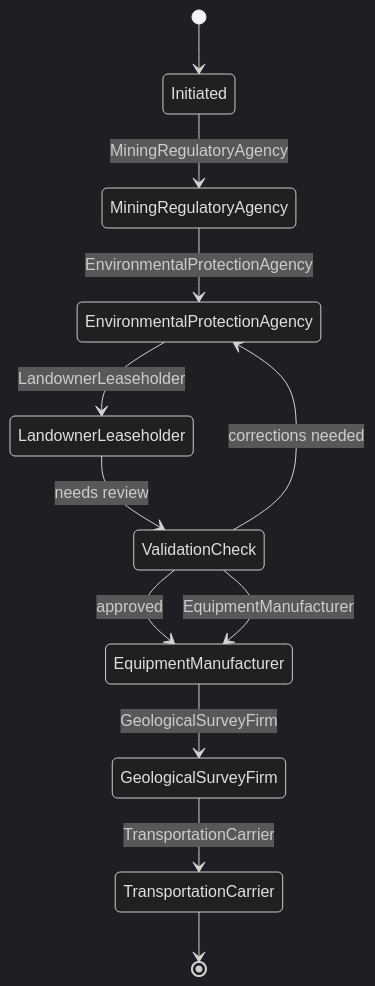
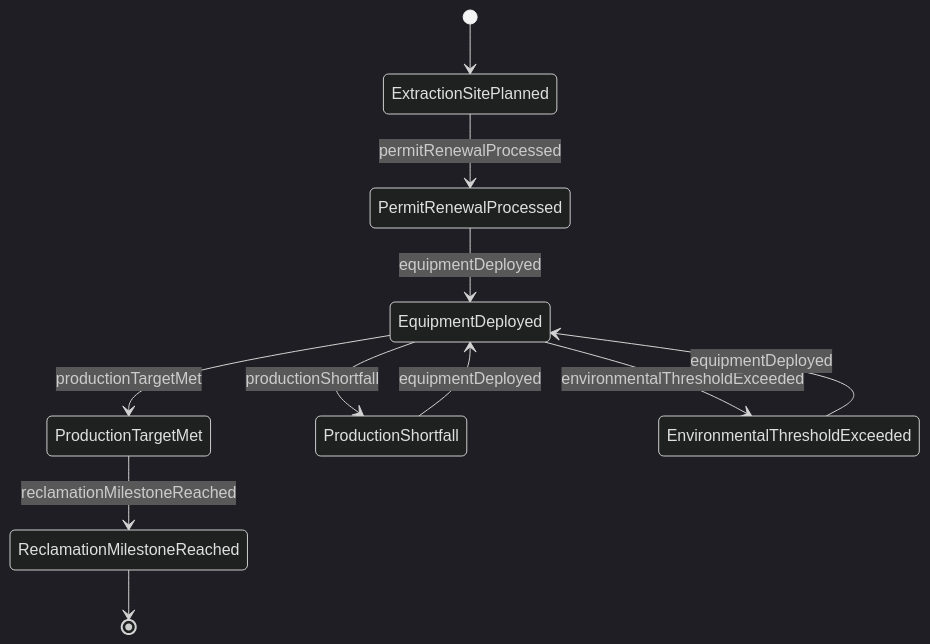
Before and after one commit to dot-org-ai/tasks.org.ai: the second of 4 diagrams in GuidingDirectingAndMotivatingSubordinates/DirectConstructionOrExtractionActivities/DirectNaturalResourcesExtractionProjects.mdx, drawn with Mermaid (dark theme). The commit also changed other lines of this file and 515 other files, not shown here.

````diff
--- a/GuidingDirectingAndMotivatingSubordinates/DirectConstructionOrExtractionActivities/DirectNaturalResourcesExtractionProjects.mdx
+++ b/GuidingDirectingAndMotivatingSubordinates/DirectConstructionOrExtractionActivities/DirectNaturalResourcesExtractionProjects.mdx
@@ -111,14 +105,13 @@
 ```mermaid
 stateDiagram-v2
-    [*] --> Initiated
-    Initiated --> MiningRegulatoryAgency: MiningRegulatoryAgency
-    MiningRegulatoryAgency --> EnvironmentalProtectionAgency: EnvironmentalProtectionAgency
-    EnvironmentalProtectionAgency --> LandownerLeaseholder: LandownerLeaseholder
-    LandownerLeaseholder --> ValidationCheck: needs review
-    ValidationCheck --> EnvironmentalProtectionAgency: corrections needed
-    ValidationCheck --> EquipmentManufacturer: approved
-    ValidationCheck --> EquipmentManufacturer: EquipmentManufacturer
-    EquipmentManufacturer --> GeologicalSurveyFirm: GeologicalSurveyFirm
-    GeologicalSurveyFirm --> TransportationCarrier: TransportationCarrier
-    TransportationCarrier --> [*]
+    [*] --> ExtractionSitePlanned
+    ExtractionSitePlanned --> PermitRenewalProcessed : permitRenewalProcessed
+    PermitRenewalProcessed --> EquipmentDeployed : equipmentDeployed
+    EquipmentDeployed --> ProductionTargetMet : productionTargetMet
+    ProductionTargetMet --> ReclamationMilestoneReached : reclamationMilestoneReached
+    EquipmentDeployed --> ProductionShortfall : productionShortfall
+    ProductionShortfall --> EquipmentDeployed : equipmentDeployed
+    EquipmentDeployed --> EnvironmentalThresholdExceeded : environmentalThresholdExceeded
+    EnvironmentalThresholdExceeded --> EquipmentDeployed : equipmentDeployed
+    ReclamationMilestoneReached --> [*]
 ```
````
